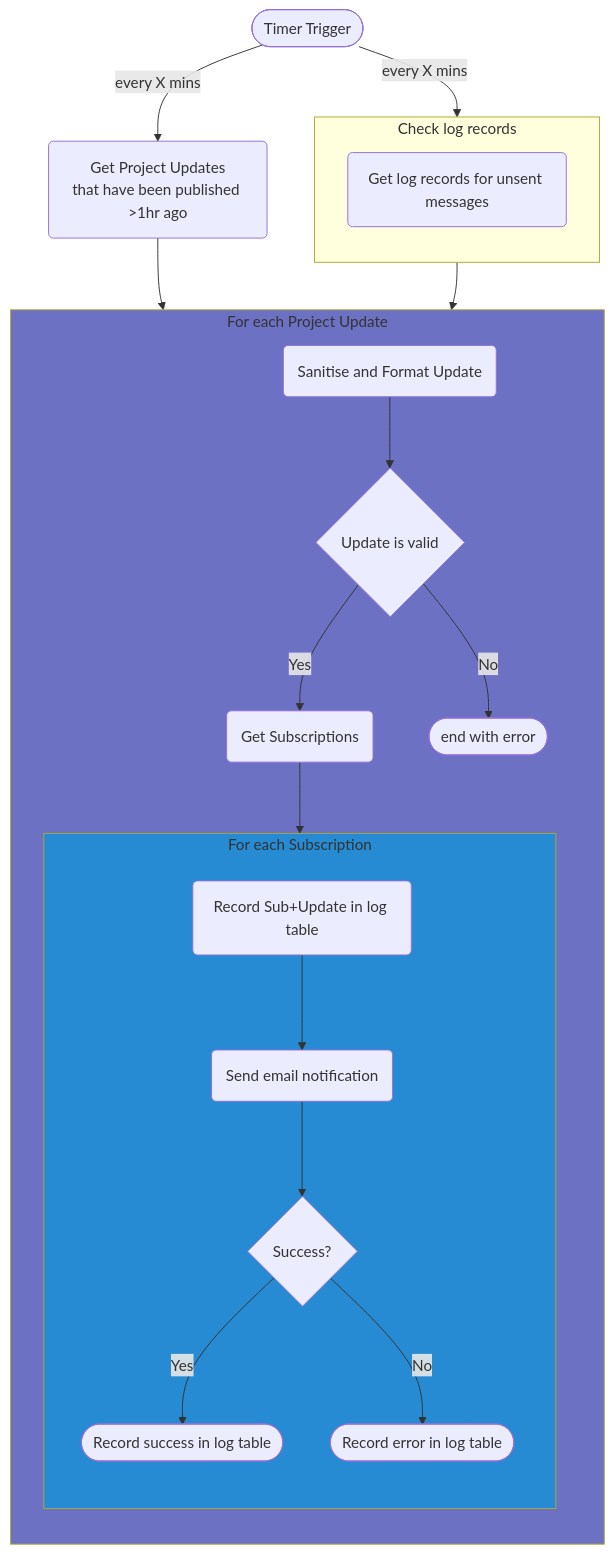
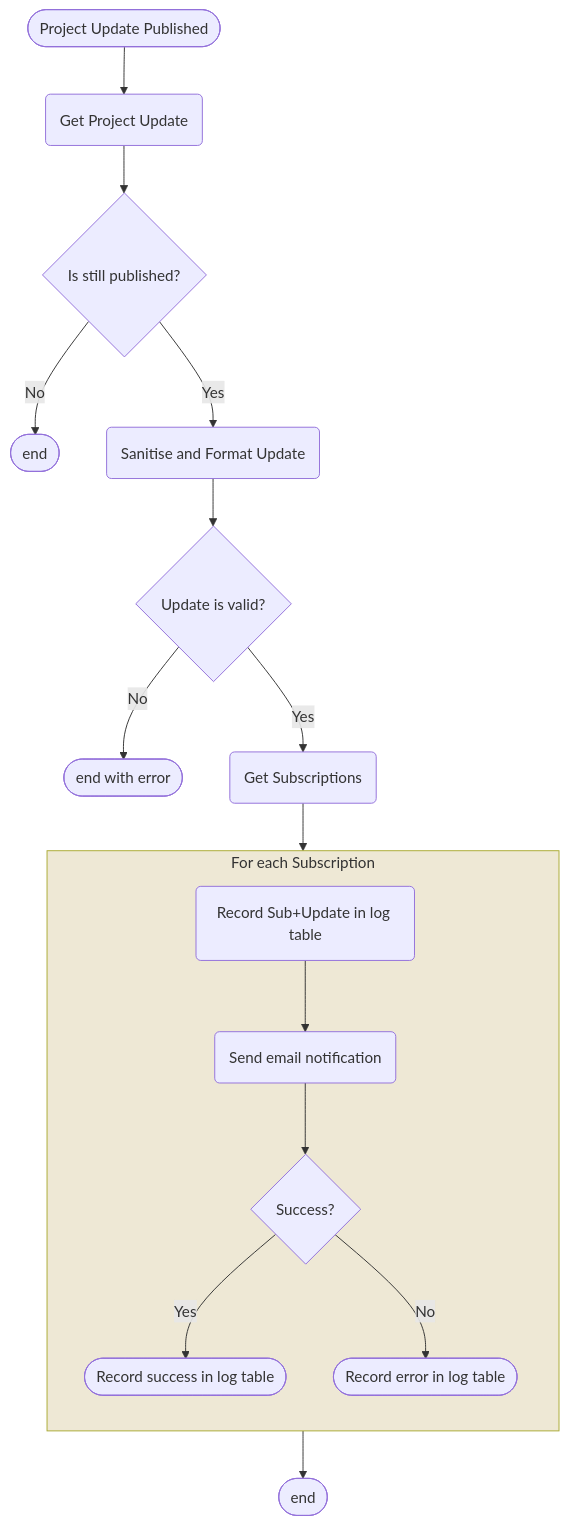
One commit to Planning-Inspectorate/back-office changed the diagram in apps/functions/notify-subscribers/README.md. Above: the diagram before and after it, drawn with Mermaid. The commit also changed other lines of this file and 13 other files, not shown here.

````diff
--- a/apps/functions/notify-subscribers/README.md
+++ b/apps/functions/notify-subscribers/README.md
@@ -9,41 +11,38 @@
 ```mermaid
 flowchart TB
-    trigger([Timer Trigger])
-    get(Get Project Updates<br/>that have been published >1hr ago)
-    subgraph foreachUpdate [For each Project Update]
-        direction TB
-        format(Sanitise and Format Update)
-        isOk{Update is valid}
-        terminate([end with error])
-        getSubs(Get Subscriptions)
-        format-->isOk
-        isOk-->|Yes|getSubs
-        isOk-->|No|terminate
-        subgraph foreachSub [For each Subscription]
-            direction TB
+    trigger([Project Update Published])
+    get(Get Project Update)
+    check{Is still published?}
+    end1([end])
+    format(Sanitise and Format Update)
+    isOk{Update is valid?}
+    terminate([end with error])
+    getSubs(Get Subscriptions)
+    finish([end])
 
-            addRecord(Record Sub+Update in log table)
-            trySend(Send email notification)
-            sent{Success?}
-            subTermError([Record error in log table])
-            subTermSuccess([Record success in log table])
+    trigger-->get
+    get-->check
+    check-->|Yes|format
+    check-->|No|end1
+    format-->isOk
+    isOk-->|Yes|getSubs
+    isOk-->|No|terminate
 
-            addRecord-->trySend-->sent
-            sent-->|Yes|subTermSuccess
-            sent-->|No|subTermError
-        end
-    end
-    subgraph checks [Check log records]
+    subgraph foreachSub [For each Subscription]
         direction TB
 
-        getLogs(Get log records for unsent messages)
-        getLogs-->trySend
+        addRecord(Record Sub+Update in log table)
+        trySend(Send email notification)
+        sent{Success?}
+        subTermError([Record error in log table])
+        subTermSuccess([Record success in log table])
+
+        addRecord-->trySend-->sent
+        sent-->|Yes|subTermSuccess
+        sent-->|No|subTermError
     end
-    trigger-->|every X mins|get
-    trigger-->|every X mins|checks
-    get-->foreachUpdate
     getSubs-->foreachSub
+    foreachSub-->finish
 
-    style foreachUpdate fill:#6c71c4   
-    style foreachSub fill:#268bd2  
+    style foreachSub fill:#eee8d5    
 ```
````
